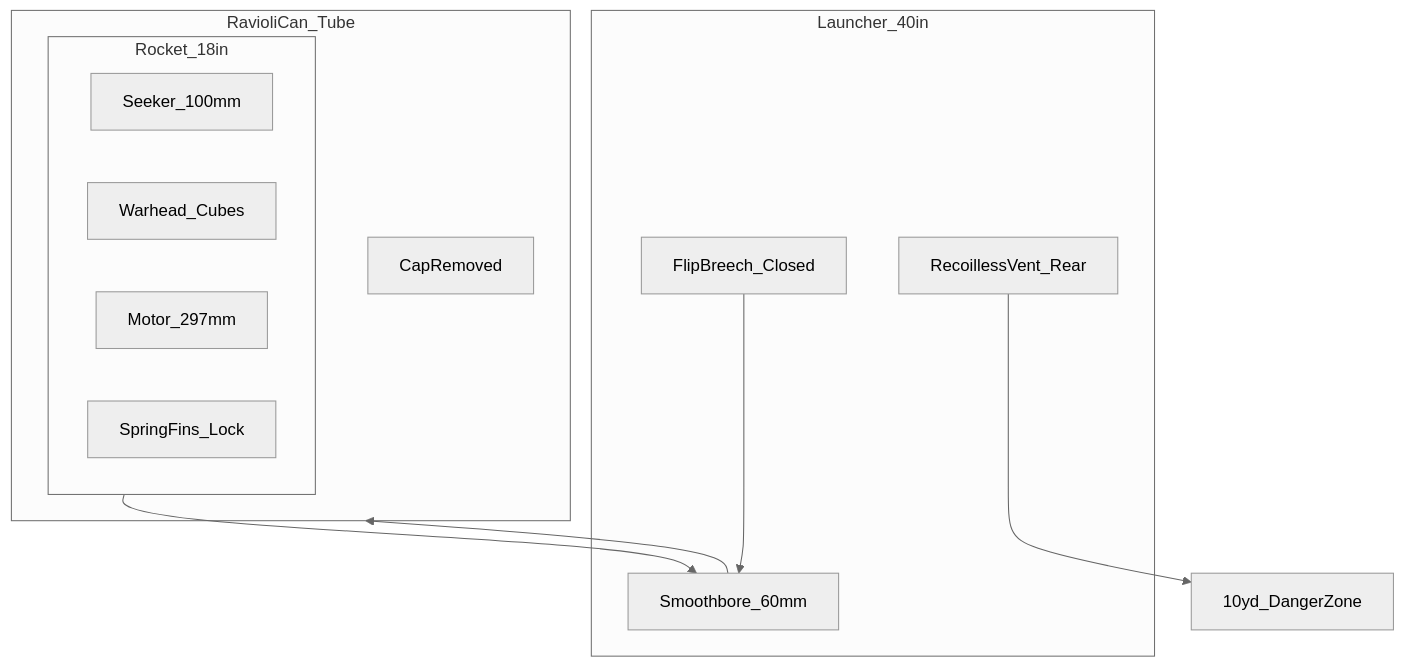
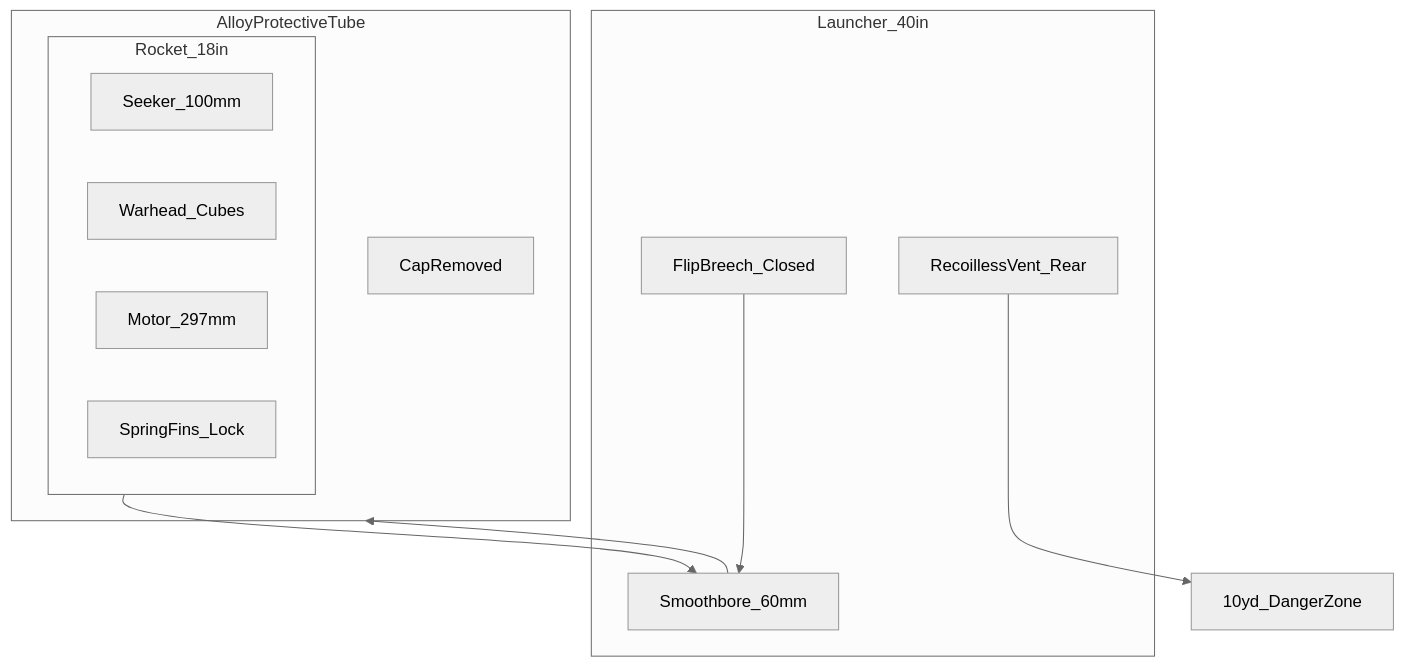
Before and after one commit to FratresMedAI/TKI-30-66: the second of 5 diagrams in docs/06-system-description.md, drawn with Mermaid (neutral theme). The commit also changed other lines of this file and 14 other files, not shown here.

````diff
--- a/docs/06-system-description.md
+++ b/docs/06-system-description.md
@@ -47,21 +47,21 @@
 ```mermaid
 flowchart TB
   subgraph Launcher [Launcher_40in]
     Bore[Smoothbore_60mm]
     BreechBlock[FlipBreech_Closed]
     Vent[RecoillessVent_Rear]
   end
-  subgraph Tube [RavioliCan_Tube]
+  subgraph Tube [AlloyProtectiveTube]
     CapOff[CapRemoved]
     subgraph Rocket [Rocket_18in]
       Seeker[Seeker_100mm]
       WH[Warhead_Cubes]
       Motor[Motor_297mm]
       Fins[SpringFins_Lock]
     end
   end
   BreechBlock --> Bore
   Bore --> Tube
   Rocket --> Bore
   Vent --> VentNote[10yd_DangerZone]
 ```
````
